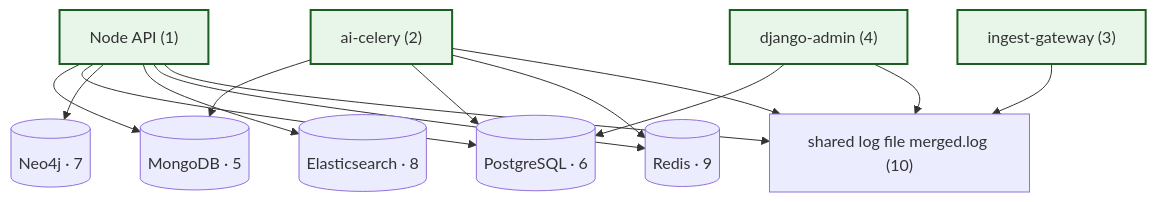
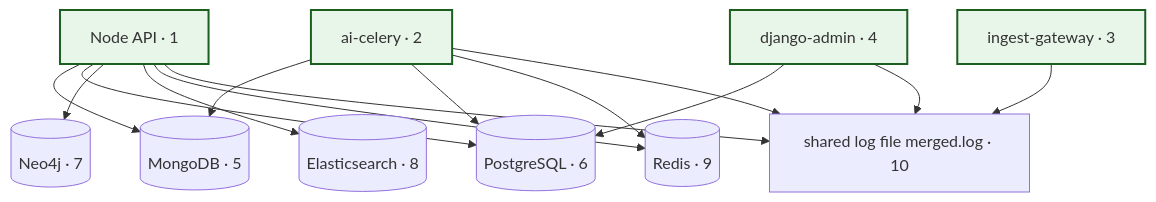
Before and after one commit to OferElboher/suspicious-email-triage: the fifth of 9 diagrams in docs/arch_guide_system_flowchart.md, drawn with Mermaid. The commit also changed other lines of this file and 18 other files, not shown here.

First line of the commit message:
Align flowchart Mermaid syntax with comprehensive guide arrowheads.

````diff
--- a/docs/arch_guide_system_flowchart.md
+++ b/docs/arch_guide_system_flowchart.md
@@ -366,35 +366,35 @@
 ```mermaid
 flowchart TB
   classDef flowEntry fill:#e8f5e9,stroke:#1b5e20,stroke-width:2px
 
-  N["Node API (1)"]
-  W["ai-celery (2)"]
-  G["ingest-gateway (3)"]
-  DJ["django-admin (4)"]
+  N["Node API · 1"]
+  W["ai-celery · 2"]
+  G["ingest-gateway · 3"]
+  DJ["django-admin · 4"]
 
-  M[("MongoDB · 5")]
-  PG[("PostgreSQL · 6")]
-  NEO[("Neo4j · 7")]
-  ES[("Elasticsearch · 8")]
-  R[("Redis · 9")]
-  LOG["shared log file merged.log (10)"]
+  M[(MongoDB · 5)]
+  PG[(PostgreSQL · 6)]
+  NEO[(Neo4j · 7)]
+  ES[(Elasticsearch · 8)]
+  R[(Redis · 9)]
+  LOG["shared log file merged.log · 10"]
 
   N --> M
   N --> PG
   N --> NEO
   N --> ES
   N --> R
   N --> LOG
 
   W --> M
   W --> PG
   W --> R
   W --> LOG
 
   G --> LOG
 
   DJ --> PG
   DJ --> LOG
 
   class N,W,G,DJ flowEntry
 ```
````
